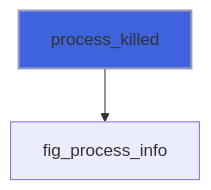
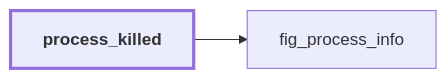
Before and after one commit to szaghi/figure: diagram 14 of 16 in docs/api/src/lib/figure_process.md, drawn with Mermaid. The commit also changed other lines of this file and 54 other files, not shown here.

````diff
--- a/docs/api/src/lib/figure_process.md
+++ b/docs/api/src/lib/figure_process.md
@@ -539,5 +602,7 @@
 ```mermaid
-flowchart TD
+flowchart LR
   process_killed["process_killed"] --> fig_process_info["fig_process_info"]
-  style process_killed fill:#3e63dd,stroke:#99b,stroke-width:2px
+  classDef focus stroke-width:3px,font-weight:bold
+  class process_killed focus
+  click fig_process_info href "figure_c_native.html#fig-process-info" "fig_process_info"
 ```
````
